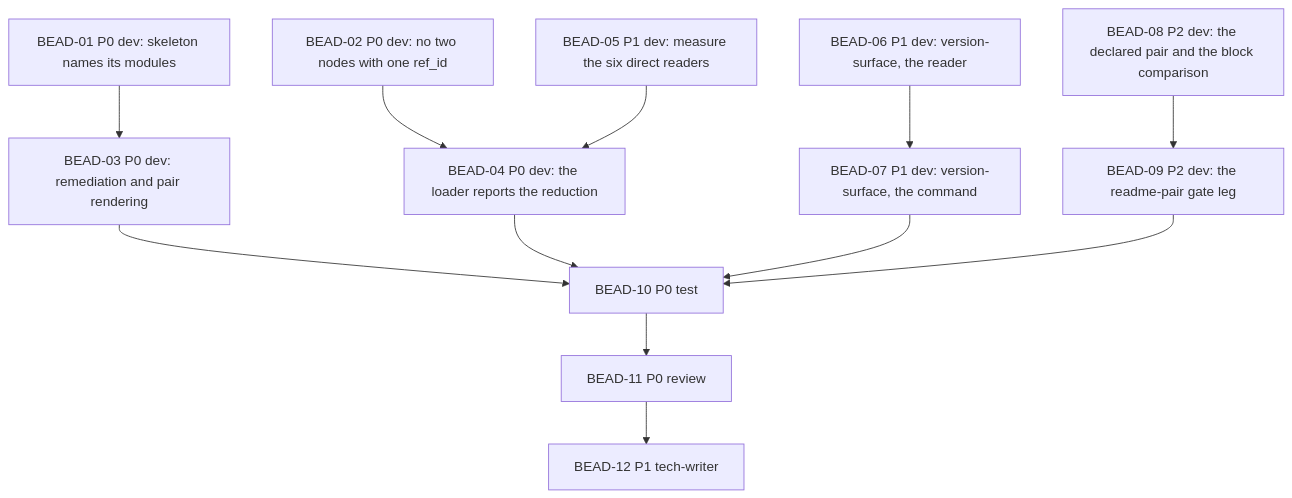
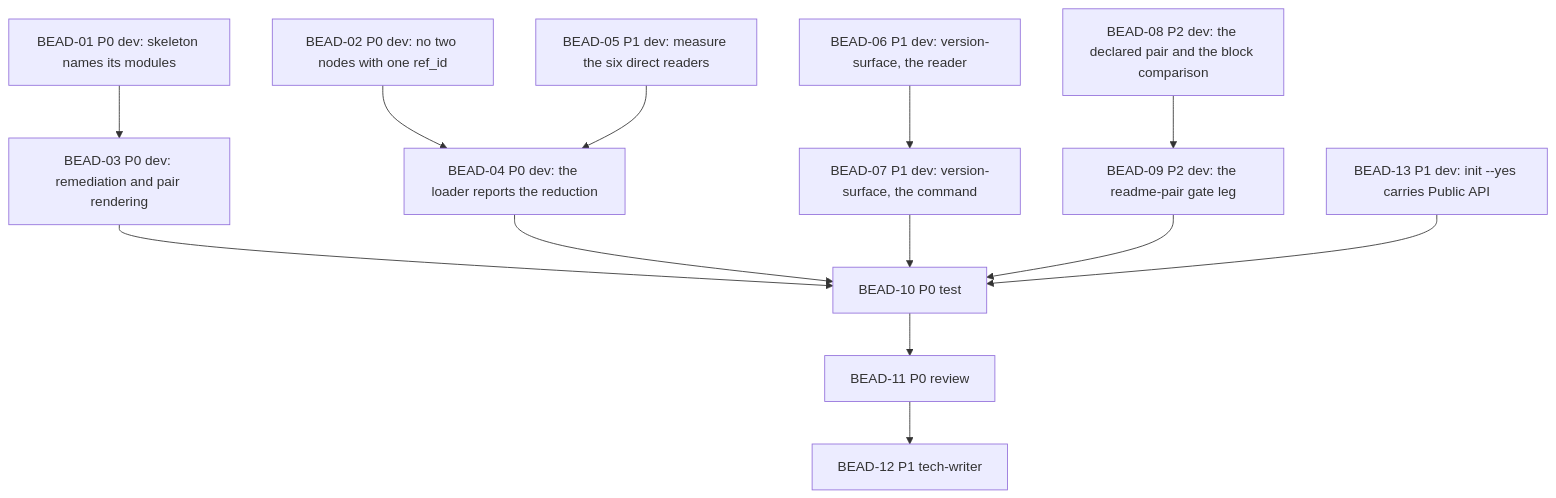
The diagram in .claude/development/docs/features/BDL-069/PLAN.md (zoologov/beadloom), drawn with Mermaid before and after one commit. The commit also changed other lines of this file and 4 other files, not shown here.

````diff
--- a/.claude/development/docs/features/BDL-069/PLAN.md
+++ b/.claude/development/docs/features/BDL-069/PLAN.md
@@ -18,14 +18,15 @@
 ```mermaid
 graph TD
     B01[BEAD-01 P0 dev: skeleton names its modules] --> B03[BEAD-03 P0 dev: remediation and pair rendering]
     B02[BEAD-02 P0 dev: no two nodes with one ref_id] --> B04[BEAD-04 P0 dev: the loader reports the reduction]
     B05[BEAD-05 P1 dev: measure the six direct readers] --> B04
     B06[BEAD-06 P1 dev: version-surface, the reader] --> B07[BEAD-07 P1 dev: version-surface, the command]
     B08[BEAD-08 P2 dev: the declared pair and the block comparison] --> B09[BEAD-09 P2 dev: the readme-pair gate leg]
     B03 --> B10[BEAD-10 P0 test]
     B04 --> B10
     B07 --> B10
     B09 --> B10
+    B13[BEAD-13 P1 dev: init --yes carries Public API] --> B10
     B10 --> B11[BEAD-11 P0 review]
     B11 --> B12[BEAD-12 P1 tech-writer]
 ```
````
